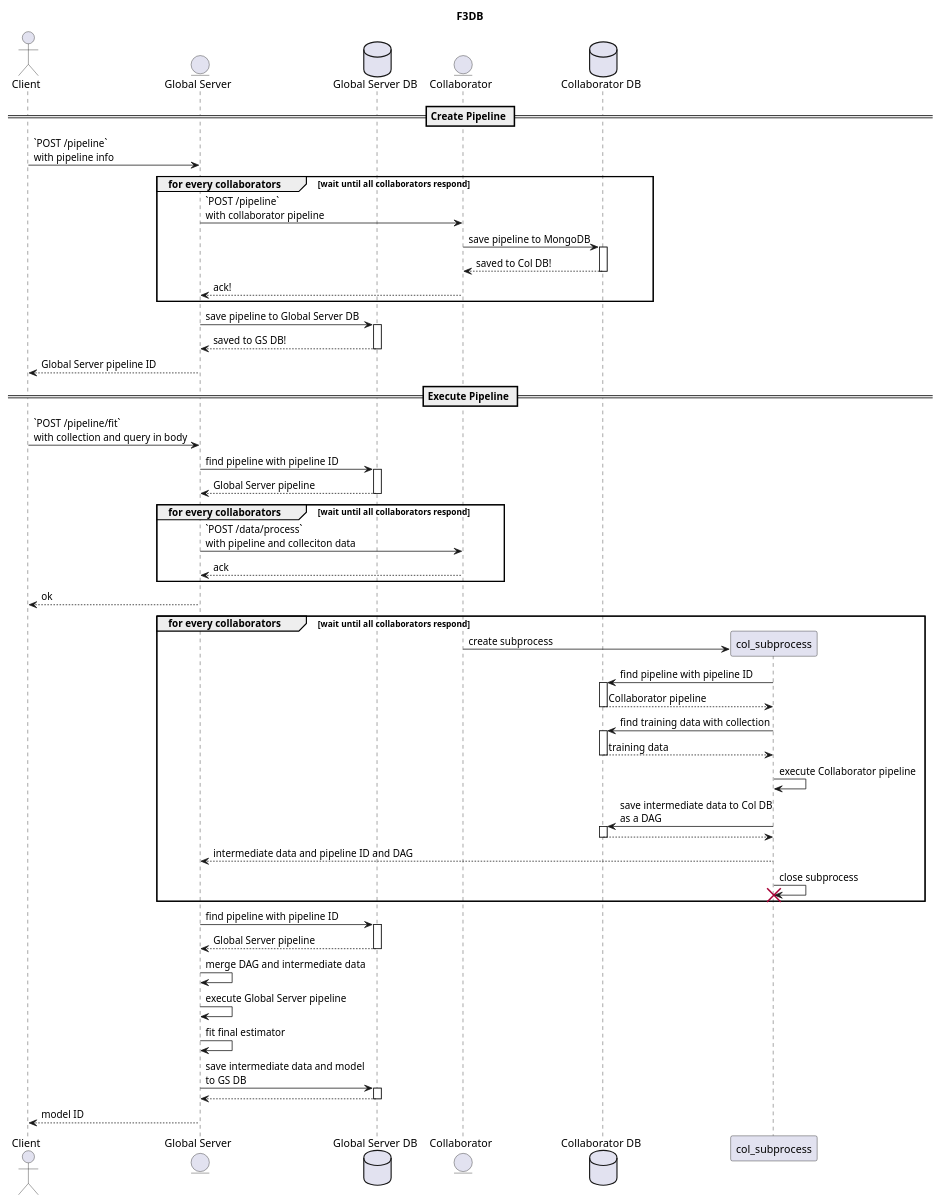
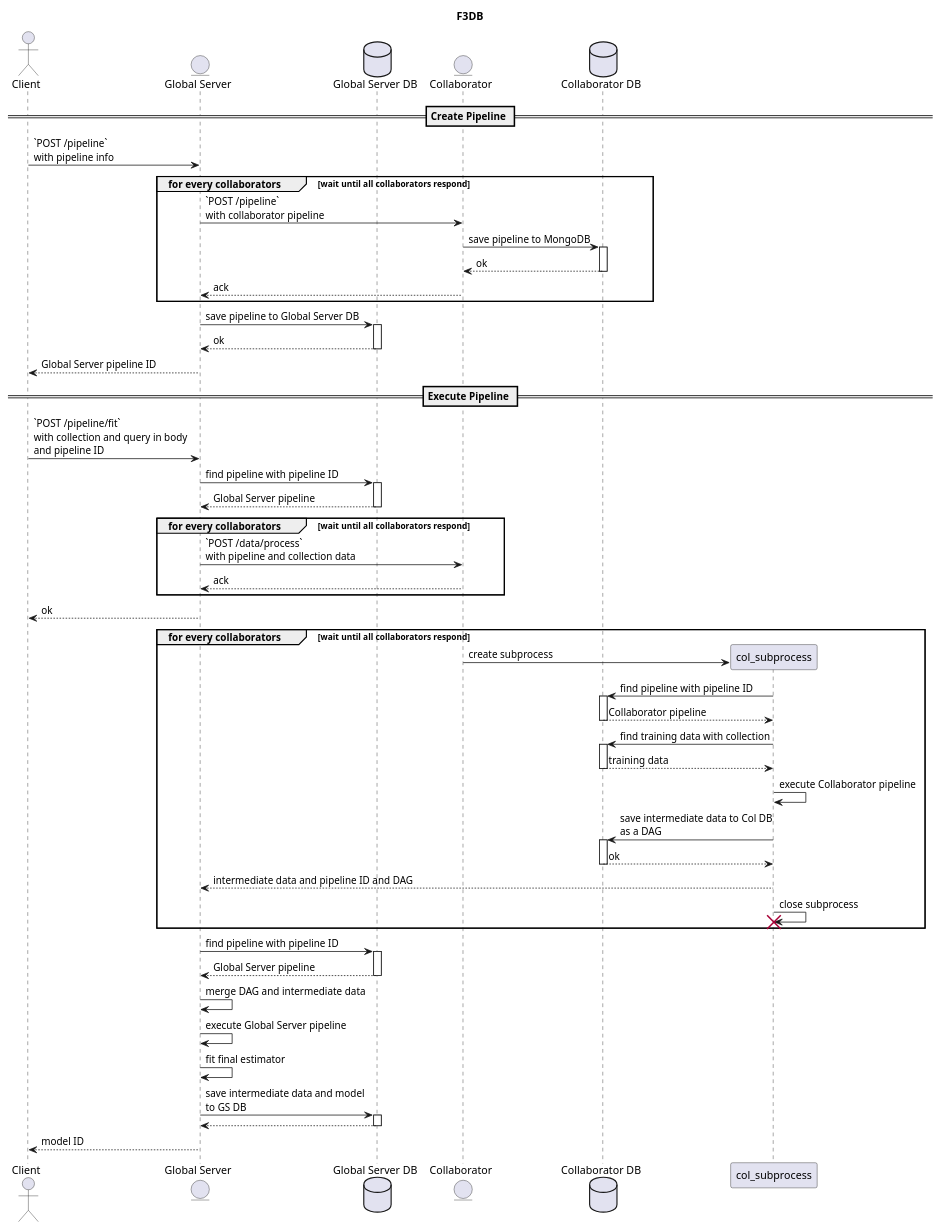
Before and after one commit to disam8853/f3db: the diagram in UML/create_model.wsd, drawn with PlantUML. The commit also changed 1 other file, not shown here.

Commit message:
update UML

```diff
--- a/UML/create_model.wsd
+++ b/UML/create_model.wsd
@@ -1,57 +1,57 @@
 @startuml F3DB
 title F3DB
 actor       Client      as c
 entity      "Global Server" as gs
 database    "Global Server DB" as db_gs
 entity      Collaborator as col
 database    "Collaborator DB" as db_col
 
 == Create Pipeline ==
 
 c -> gs: `POST /pipeline`\nwith pipeline info
 group for every collaborators [wait until all collaborators respond]
 gs -> col: `POST /pipeline`\nwith collaborator pipeline
 col -> db_col ++: save pipeline to MongoDB
-return saved to Col DB!
-col --> gs: ack!
+return ok
+col --> gs: ack
 end
 gs -> db_gs++: save pipeline to Global Server DB
-return saved to GS DB!
+return ok
 gs --> c: Global Server pipeline ID
 
 == Execute Pipeline ==
 
-c -> gs: `POST /pipeline/fit`\nwith collection and query in body
+c -> gs: `POST /pipeline/fit`\nwith collection and query in body\nand pipeline ID
 gs -> db_gs++: find pipeline with pipeline ID
 return Global Server pipeline
 
 group for every collaborators [wait until all collaborators respond]
-gs -> col: `POST /data/process`\nwith pipeline and colleciton data
+gs -> col: `POST /data/process`\nwith pipeline and collection data
 return ack
 end
 
 gs --> c: ok
 
 group for every collaborators [wait until all collaborators respond]
 col -> col_subprocess **: create subprocess
 col_subprocess -> db_col++: find pipeline with pipeline ID
 return Collaborator pipeline
 col_subprocess -> db_col++: find training data with collection
 return training data
 col_subprocess -> col_subprocess: execute Collaborator pipeline
 col_subprocess -> db_col++: save intermediate data to Col DB\nas a DAG
-return
+return ok
 col_subprocess --> gs: intermediate data and pipeline ID and DAG
 col_subprocess -> col_subprocess !!: close subprocess
 end
 
 gs -> db_gs++: find pipeline with pipeline ID
 return Global Server pipeline
 gs -> gs: merge DAG and intermediate data
 gs -> gs: execute Global Server pipeline
 gs -> gs: fit final estimator
 gs -> db_gs++: save intermediate data and model\nto GS DB
 return
 gs --> c: model ID
 
 @enduml
```
